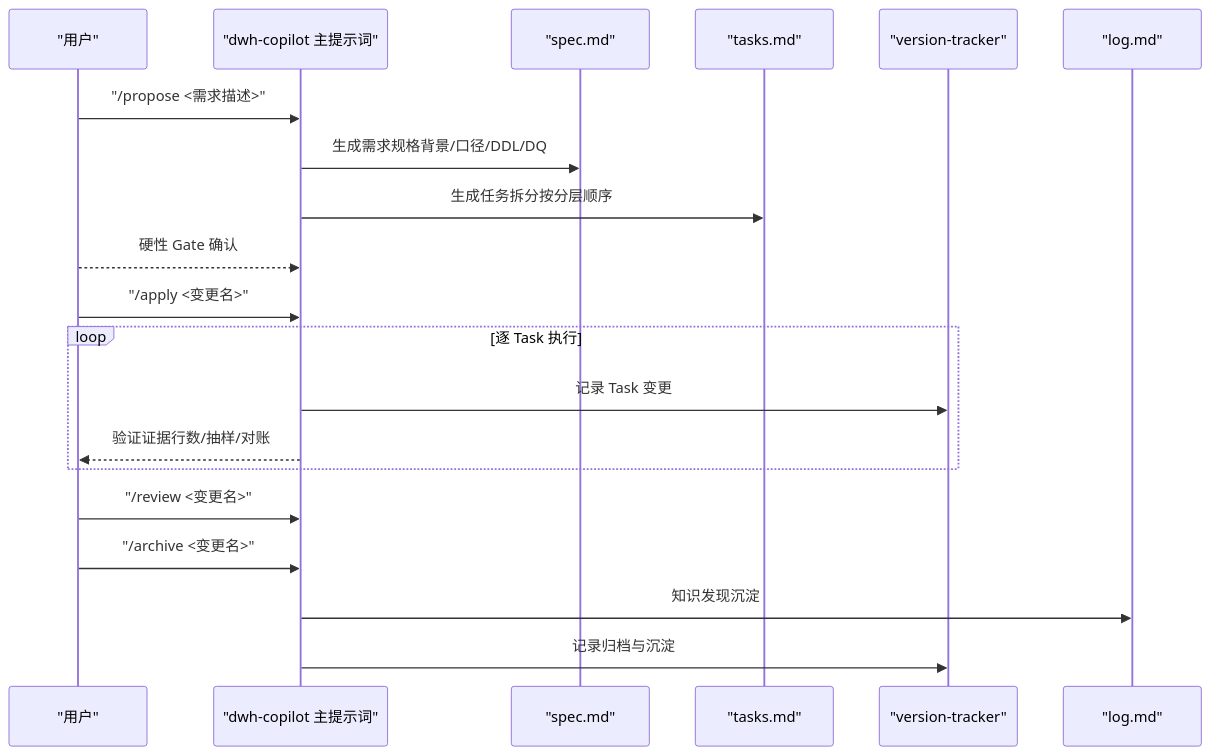
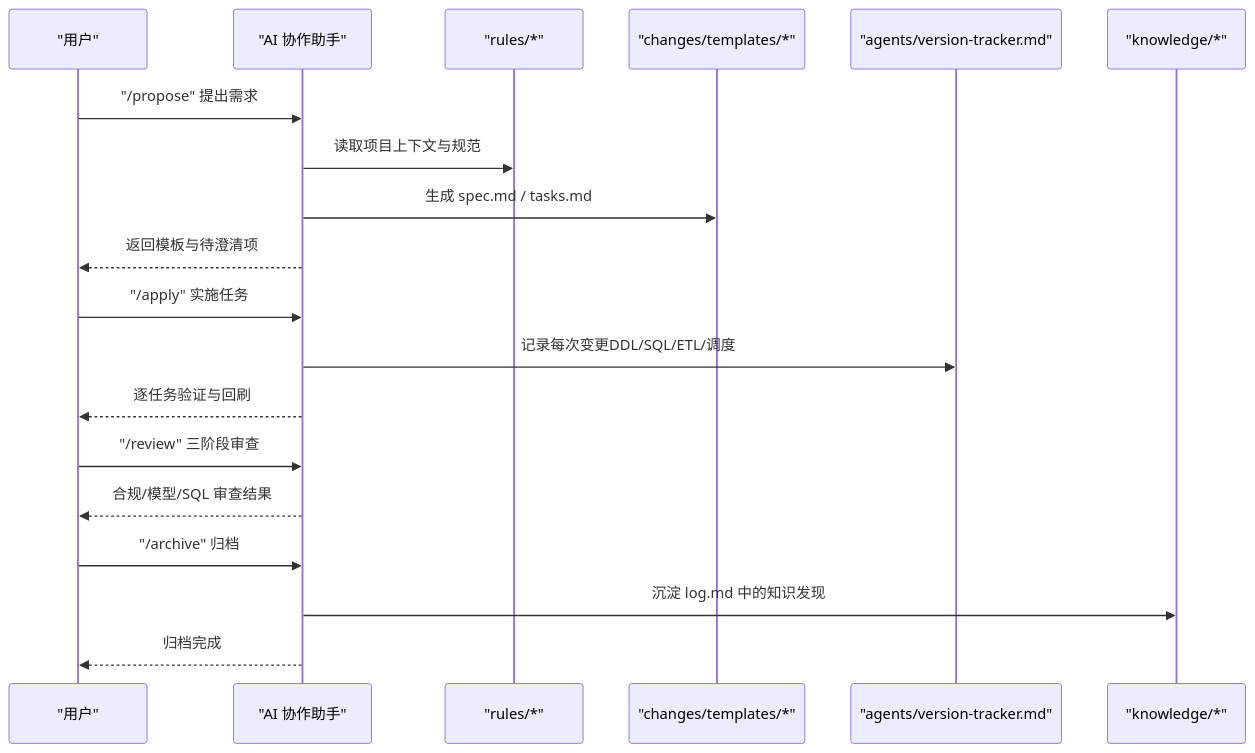
The second of 8 diagrams in .qoder/repowiki/zh/content/变更管理系统/变更管理系统.md (13679659643/Data_Warehouse_Engineering), drawn with Mermaid before and after one commit. The commit also changed other lines of this file and 88 other files, not shown here.

````diff
--- a/.qoder/repowiki/zh/content/变更管理系统/变更管理系统.md
+++ b/.qoder/repowiki/zh/content/变更管理系统/变更管理系统.md
@@ -119,22 +112,21 @@
 ```mermaid
 sequenceDiagram
-participant User as "用户"
-participant Copilot as "dwh-copilot 主提示词"
-participant Spec as "spec.md"
-participant Tasks as "tasks.md"
-participant Tracker as "version-tracker"
-participant Log as "log.md"
-User->>Copilot : "/propose <需求描述>"
-Copilot->>Spec : 生成需求规格背景/口径/DDL/DQ
-Copilot->>Tasks : 生成任务拆分按分层顺序
-User-->>Copilot : 硬性 Gate 确认
-User->>Copilot : "/apply <变更名>"
-loop 逐 Task 执行
-Copilot->>Tracker : 记录 Task 变更
-Copilot-->>User : 验证证据行数/抽样/对账
-end
-User->>Copilot : "/review <变更名>"
-User->>Copilot : "/archive <变更名>"
-Copilot->>Log : 知识发现沉淀
-Copilot->>Tracker : 记录归档与沉淀
+participant U as "用户"
+participant AI as "AI 协作助手"
+participant Rules as "rules/*"
+participant Templates as "changes/templates/*"
+participant VT as "agents/version-tracker.md"
+participant KB as "knowledge/*"
+U->>AI : "/propose" 提出需求
+AI->>Rules : 读取项目上下文与规范
+AI->>Templates : 生成 spec.md / tasks.md
+AI-->>U : 返回模板与待澄清项
+U->>AI : "/apply" 实施任务
+AI->>VT : 记录每次变更DDL/SQL/ETL/调度
+AI-->>U : 逐任务验证与回刷
+U->>AI : "/review" 三阶段审查
+AI-->>U : 合规/模型/SQL 审查结果
+U->>AI : "/archive" 归档
+AI->>KB : 沉淀 log.md 中的知识发现
+AI-->>U : 归档完成
 ```
````
